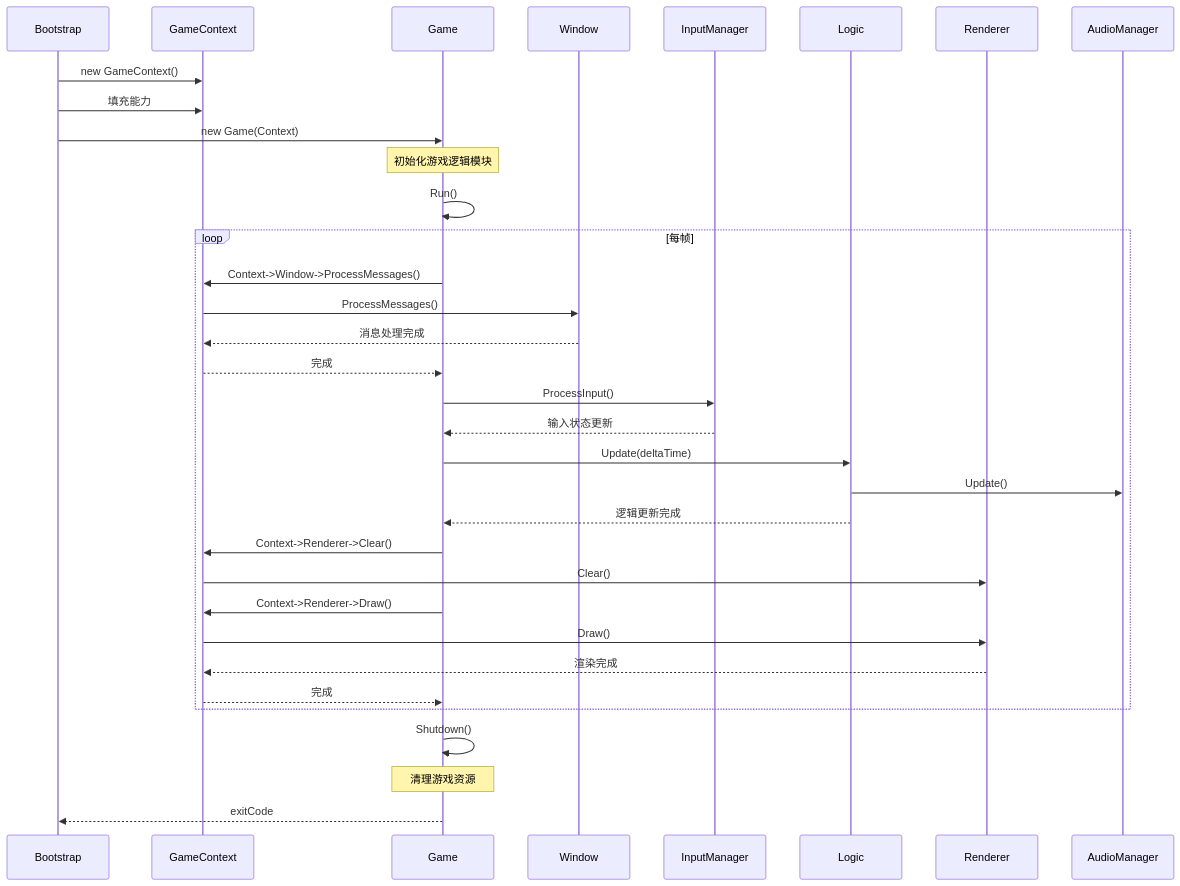
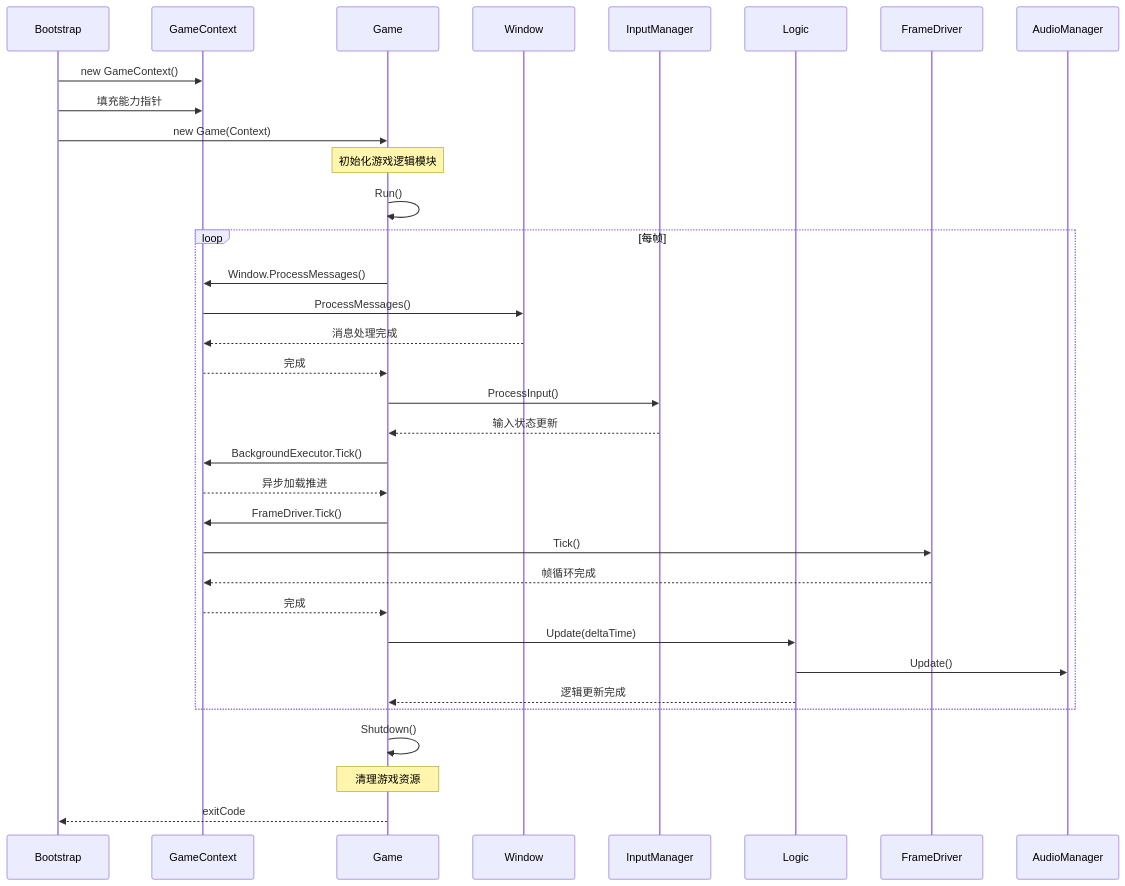
The second of 5 diagrams in src/posts/DX12Engine/Game.md (Gunxzq/blog), drawn with Mermaid before and after one commit. The commit also changed other lines of this file and 27 other files, not shown here.

````diff
--- a/src/posts/DX12Engine/Game.md
+++ b/src/posts/DX12Engine/Game.md
@@ -124,42 +126,43 @@
 ```mermaid
 sequenceDiagram
     participant Bootstrap
     participant Context as GameContext
     participant Game
     participant Window
     participant InputMgr as InputManager
     participant Logic
-    participant Renderer
+    participant FrameDriver
     participant AudioMgr as AudioManager
 
     Bootstrap->>Context: new GameContext()
-    Bootstrap->>Context: 填充能力
+    Bootstrap->>Context: 填充能力指针
     Bootstrap->>Game: new Game(Context)
     Note over Game: 初始化游戏逻辑模块
 
     Game->>Game: Run()
     loop 每帧
-        Game->>Context: Context->Window->ProcessMessages()
+        Game->>Context: Window.ProcessMessages()
         Context->>Window: ProcessMessages()
         Window-->>Context: 消息处理完成
         Context-->>Game: 完成
 
         Game->>InputMgr: ProcessInput()
         InputMgr-->>Game: 输入状态更新
 
+        Game->>Context: BackgroundExecutor.Tick()
+        Context-->>Game: 异步加载推进
+
+        Game->>Context: FrameDriver.Tick()
+        Context->>FrameDriver: Tick()
+        FrameDriver-->>Context: 帧循环完成
+        Context-->>Game: 完成
+
         Game->>Logic: Update(deltaTime)
         Logic->>AudioMgr: Update()
         Logic-->>Game: 逻辑更新完成
-
-        Game->>Context: Context->Renderer->Clear()
-        Context->>Renderer: Clear()
-        Game->>Context: Context->Renderer->Draw()
-        Context->>Renderer: Draw()
-        Renderer-->>Context: 渲染完成
-        Context-->>Game: 完成
     end
 
     Game->>Game: Shutdown()
     Note over Game: 清理游戏资源
     Game-->>Bootstrap: exitCode
 ```
````
